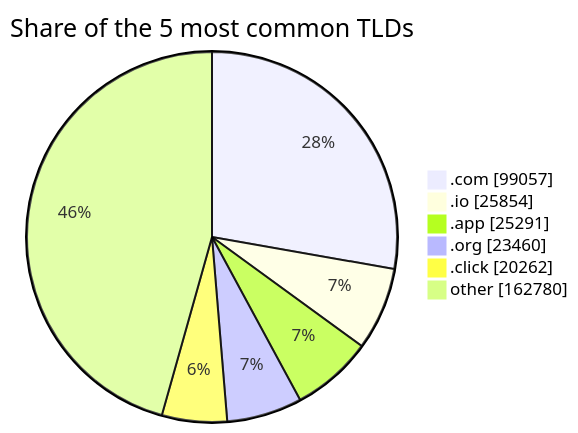
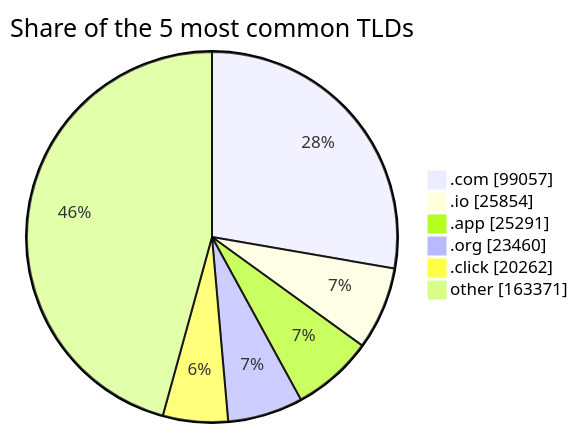
The third of 3 diagrams in README.md (DNSBunker/CTI), drawn with Mermaid before and after one commit. The commit also changed other lines of this file and 3 other files, not shown here.

````diff
--- a/README.md
+++ b/README.md
@@ -81,9 +81,9 @@
 ```mermaid
 pie showData title Share of the 5 most common TLDs
     ".com" : 99057
     ".io" : 25854
     ".app" : 25291
     ".org" : 23460
     ".click" : 20262
-    "other" : 162780
+    "other" : 163371
 ```
````
